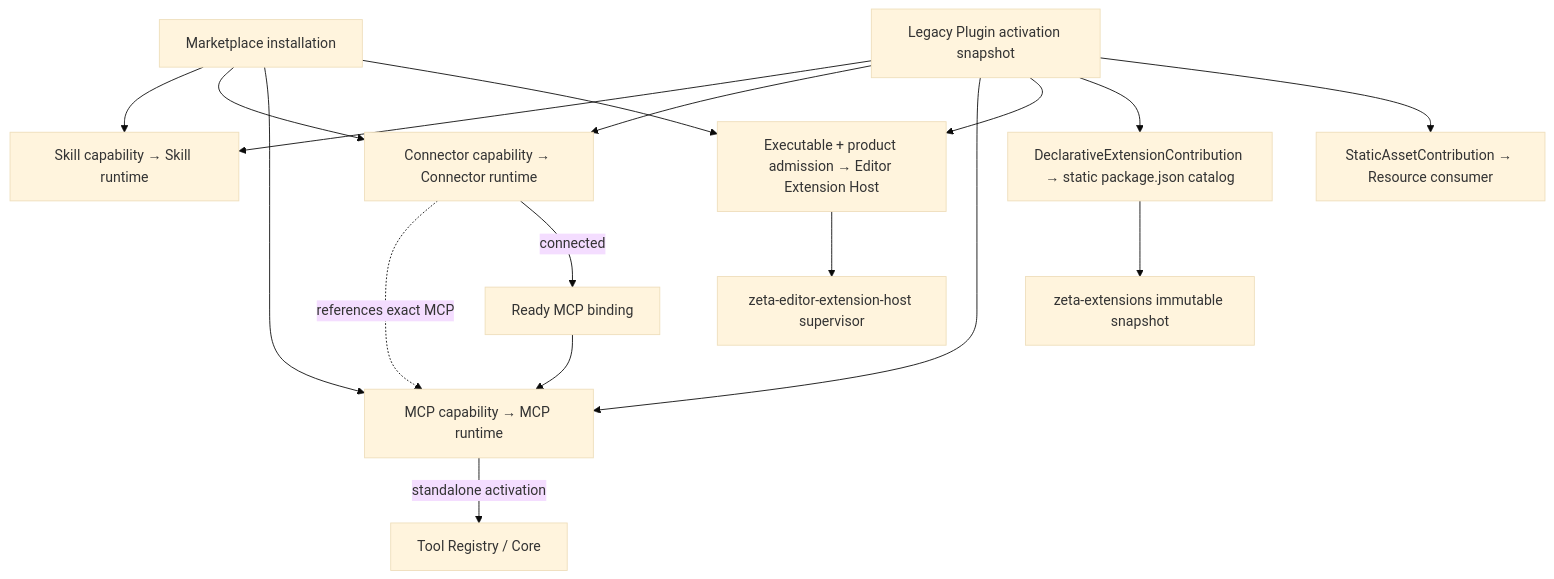
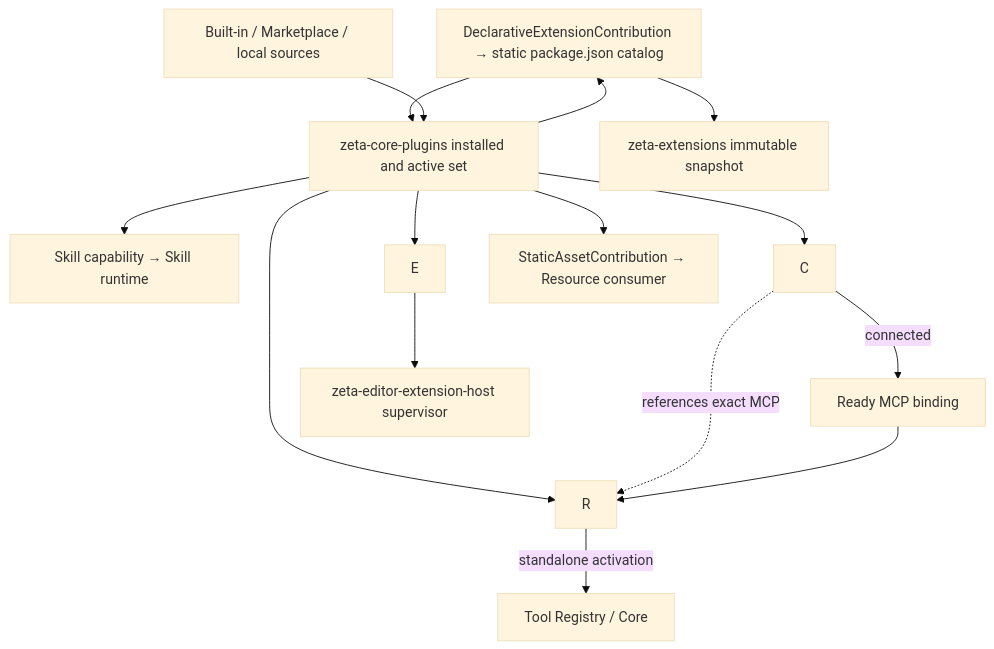
The diagram in docs/plugins.md (chogng/zeta), drawn with Mermaid (base theme) before and after one commit. The commit also changed other lines of this file and 136 other files, not shown here.

Commit message:
refactor: split plugin definitions from core lifecycle

````diff
--- a/docs/plugins.md
+++ b/docs/plugins.md
@@ -63,19 +62,17 @@
 ```mermaid
 flowchart TD
-    M["Marketplace installation"] --> S["Skill capability → Skill runtime"]
-    M --> C["Connector capability → Connector runtime"]
-    M --> R["MCP capability → MCP runtime"]
-    M --> E["Executable + product admission → Editor Extension Host"]
-    P["Legacy Plugin activation snapshot"] --> S
+    D["zeta-plugin definitions"] --> P["zeta-core-plugins installed and active set"]
+    M["Built-in / Marketplace / local sources"] --> P
+    P --> S["Skill capability → Skill runtime"]
     P --> C
     P --> R
     P --> E
     P --> D["DeclarativeExtensionContribution → static package.json catalog"]
     P --> A["StaticAssetContribution → Resource consumer"]
     C -. "references exact MCP" .-> R
     C -->|"connected"| B["Ready MCP binding"]
     R -->|"standalone activation"| T["Tool Registry / Core"]
     E --> H["zeta-editor-extension-host supervisor"]
     D --> X["zeta-extensions immutable snapshot"]
     B --> R
 ```
````
